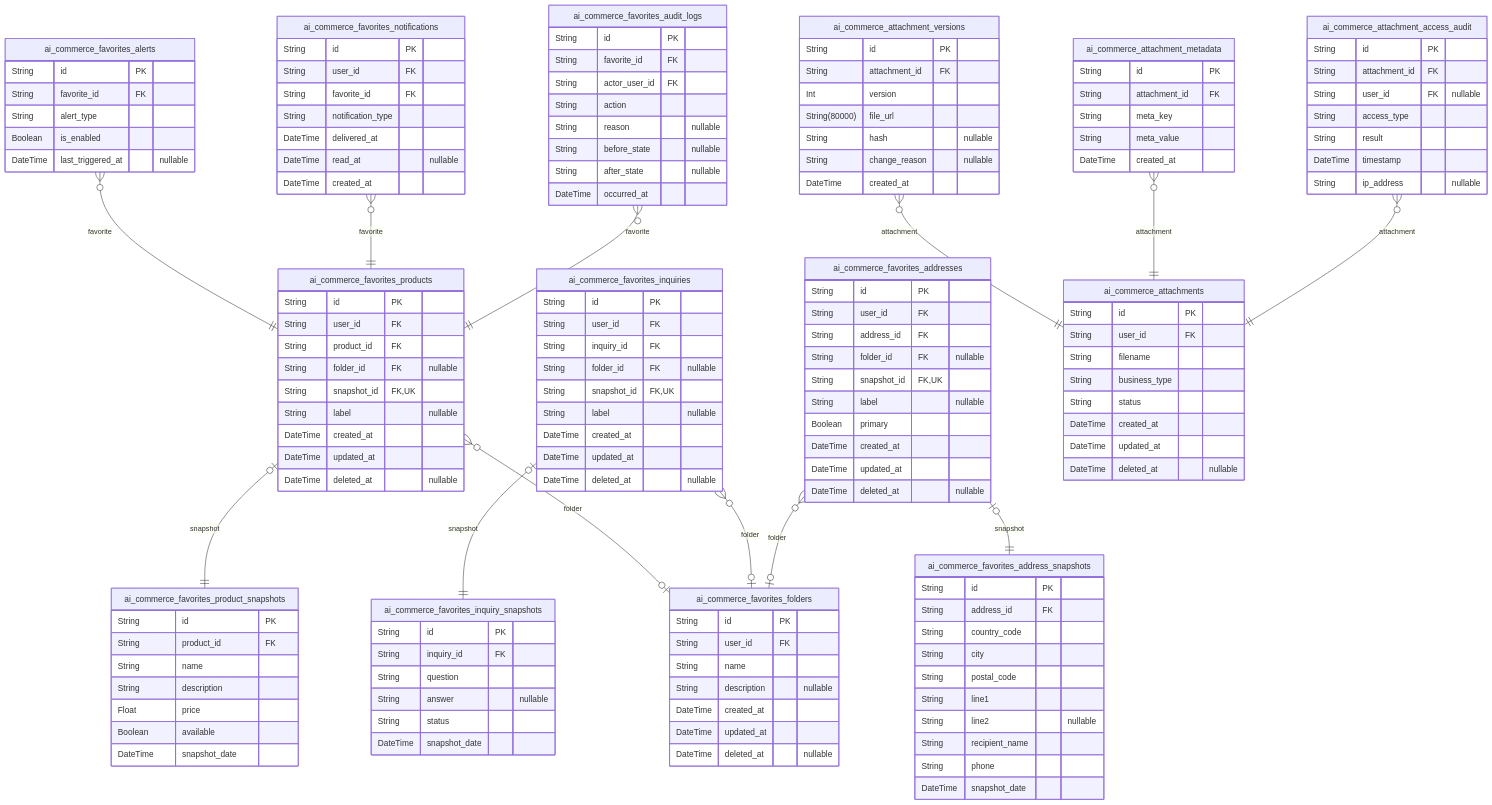
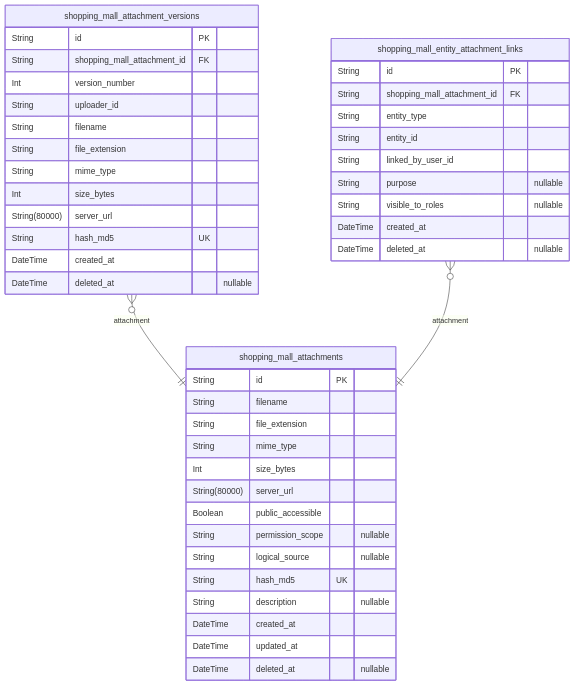
One commit to wrtnlabs/autobe-example-shopping-openai-gpt-4.1 changed the ninth of 11 diagrams in docs/ERD.md. Above: the diagram before and after it, drawn with Mermaid. The commit also changed other lines of this file and 2647 other files, not shown here.

````diff
--- a/docs/ERD.md
+++ b/docs/ERD.md
@@ -3177,148 +2438,46 @@
 ```mermaid
 erDiagram
-"ai_commerce_favorites_products" {
+"shopping_mall_attachments" {
   String id PK
-  String user_id FK
-  String product_id FK
-  String folder_id FK "nullable"
-  String snapshot_id FK,UK
-  String label "nullable"
-  DateTime created_at
-  DateTime updated_at
-  DateTime deleted_at "nullable"
-}
-"ai_commerce_favorites_inquiries" {
-  String id PK
-  String user_id FK
-  String inquiry_id FK
-  String folder_id FK "nullable"
-  String snapshot_id FK,UK
-  String label "nullable"
-  DateTime created_at
-  DateTime updated_at
-  DateTime deleted_at "nullable"
-}
-"ai_commerce_favorites_addresses" {
-  String id PK
-  String user_id FK
-  String address_id FK
-  String folder_id FK "nullable"
-  String snapshot_id FK,UK
-  String label "nullable"
-  Boolean primary
-  DateTime created_at
-  DateTime updated_at
-  DateTime deleted_at "nullable"
-}
-"ai_commerce_favorites_folders" {
-  String id PK
-  String user_id FK
-  String name
+  String filename
+  String file_extension
+  String mime_type
+  Int size_bytes
+  String(80000) server_url
+  Boolean public_accessible
+  String permission_scope "nullable"
+  String logical_source "nullable"
+  String hash_md5 UK
   String description "nullable"
   DateTime created_at
   DateTime updated_at
   DateTime deleted_at "nullable"
 }
-"ai_commerce_favorites_product_snapshots" {
+"shopping_mall_attachment_versions" {
   String id PK
-  String product_id FK
-  String name
-  String description
-  Float price
-  Boolean available
-  DateTime snapshot_date
-}
-"ai_commerce_favorites_inquiry_snapshots" {
-  String id PK
-  String inquiry_id FK
-  String question
-  String answer "nullable"
-  String status
-  DateTime snapshot_date
-}
-"ai_commerce_favorites_address_snapshots" {
-  String id PK
-  String address_id FK
-  String country_code
-  String city
-  String postal_code
-  String line1
-  String line2 "nullable"
-  String recipient_name
-  String phone
-  DateTime snapshot_date
-}
-"ai_commerce_favorites_alerts" {
-  String id PK
-  String favorite_id FK
-  String alert_type
-  Boolean is_enabled
-  DateTime last_triggered_at "nullable"
-}
-"ai_commerce_favorites_notifications" {
-  String id PK
-  String user_id FK
-  String favorite_id FK
-  String notification_type
-  DateTime delivered_at
-  DateTime read_at "nullable"
+  String shopping_mall_attachment_id FK
+  Int version_number
+  String uploader_id
+  String filename
+  String file_extension
+  String mime_type
+  Int size_bytes
+  String(80000) server_url
+  String hash_md5 UK
   DateTime created_at
-}
-"ai_commerce_favorites_audit_logs" {
-  String id PK
-  String favorite_id FK
-  String actor_user_id FK
-  String action
-  String reason "nullable"
-  String before_state "nullable"
-  String after_state "nullable"
-  DateTime occurred_at
-}
-"ai_commerce_attachments" {
-  String id PK
-  String user_id FK
-  String filename
-  String business_type
-  String status
-  DateTime created_at
-  DateTime updated_at
   DateTime deleted_at "nullable"
 }
-"ai_commerce_attachment_versions" {
+"shopping_mall_entity_attachment_links" {
   String id PK
-  String attachment_id FK
-  Int version
-  String(80000) file_url
-  String hash "nullable"
-  String change_reason "nullable"
+  String shopping_mall_attachment_id FK
+  String entity_type
+  String entity_id
+  String linked_by_user_id
+  String purpose "nullable"
+  String visible_to_roles "nullable"
   DateTime created_at
+  DateTime deleted_at "nullable"
 }
-"ai_commerce_attachment_metadata" {
-  String id PK
-  String attachment_id FK
-  String meta_key
-  String meta_value
-  DateTime created_at
-}
-"ai_commerce_attachment_access_audit" {
-  String id PK
-  String attachment_id FK
-  String user_id FK "nullable"
-  String access_type
-  String result
-  DateTime timestamp
-  String ip_address "nullable"
-}
-"ai_commerce_favorites_products" }o--o| "ai_commerce_favorites_folders" : folder
-"ai_commerce_favorites_products" |o--|| "ai_commerce_favorites_product_snapshots" : snapshot
-"ai_commerce_favorites_inquiries" }o--o| "ai_commerce_favorites_folders" : folder
-"ai_commerce_favorites_inquiries" |o--|| "ai_commerce_favorites_inquiry_snapshots" : snapshot
-"ai_commerce_favorites_addresses" }o--o| "ai_commerce_favorites_folders" : folder
-"ai_commerce_favorites_addresses" |o--|| "ai_commerce_favorites_address_snapshots" : snapshot
-"ai_commerce_favorites_alerts" }o--|| "ai_commerce_favorites_products" : favorite
-"ai_commerce_favorites_notifications" }o--|| "ai_commerce_favorites_products" : favorite
-"ai_commerce_favorites_audit_logs" }o--|| "ai_commerce_favorites_products" : favorite
-"ai_commerce_attachment_versions" }o--|| "ai_commerce_attachments" : attachment
-"ai_commerce_attachment_metadata" }o--|| "ai_commerce_attachments" : attachment
-"ai_commerce_attachment_access_audit" }o--|| "ai_commerce_attachments" : attachment
+"shopping_mall_attachment_versions" }o--|| "shopping_mall_attachments" : attachment
+"shopping_mall_entity_attachment_links" }o--|| "shopping_mall_attachments" : attachment
 ```
````
